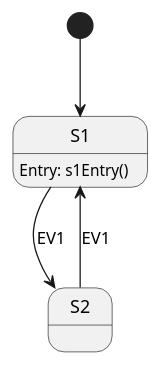
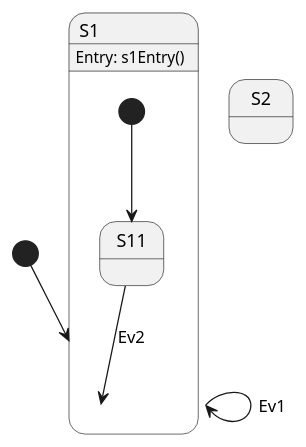
Before and after one commit to JPLOpenSource/STARS: the diagram in models/TestModels/simple/Simple.plantuml, drawn with PlantUML. The commit also changed 9 other files, not shown here.

```diff
--- a/models/TestModels/simple/Simple.plantuml
+++ b/models/TestModels/simple/Simple.plantuml
@@ -2,15 +2,20 @@
 @startuml
 
 [*] --> S1
 
 state S1 {
     S1:Entry: s1Entry()
+    state S11 {
+
+    }
+    [*] --> S11
 }
 
 state S2 {
 
 }
 
-S1 --> S2 : EV1
-S2 --> S1 : EV1
+S1 --> S1 : Ev1
+S11 --> S1 : Ev2
+
 @enduml
```
